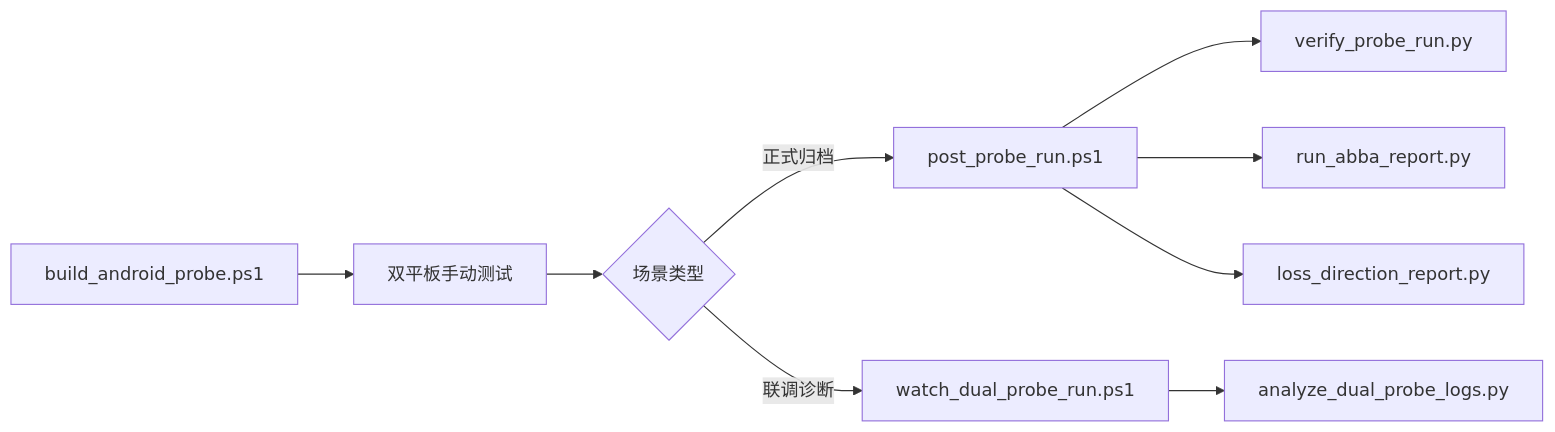
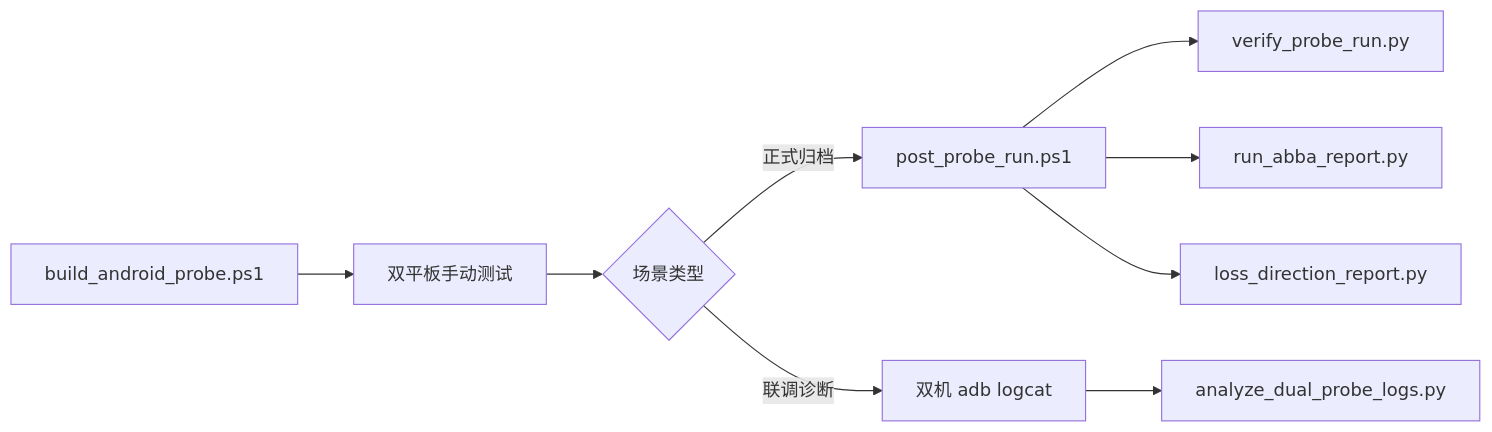
The diagram in tools/README.md (WooYu/MNTTest), drawn with Mermaid before and after one commit. The commit also changed other lines of this file and 26 other files, not shown here.

````diff
--- a/tools/README.md
+++ b/tools/README.md
@@ -155,11 +158,11 @@
 ```mermaid
 flowchart LR
   A[build_android_probe.ps1] --> B[双平板手动测试]
   B --> C{场景类型}
   C -->|正式归档| D[post_probe_run.ps1]
-  C -->|联调诊断| E[watch_dual_probe_run.ps1]
+  C -->|联调诊断| E[双机 adb logcat]
   D --> F[verify_probe_run.py]
   D --> G[run_abba_report.py]
   D --> H[loss_direction_report.py]
   E --> I[analyze_dual_probe_logs.py]
 ```
````
